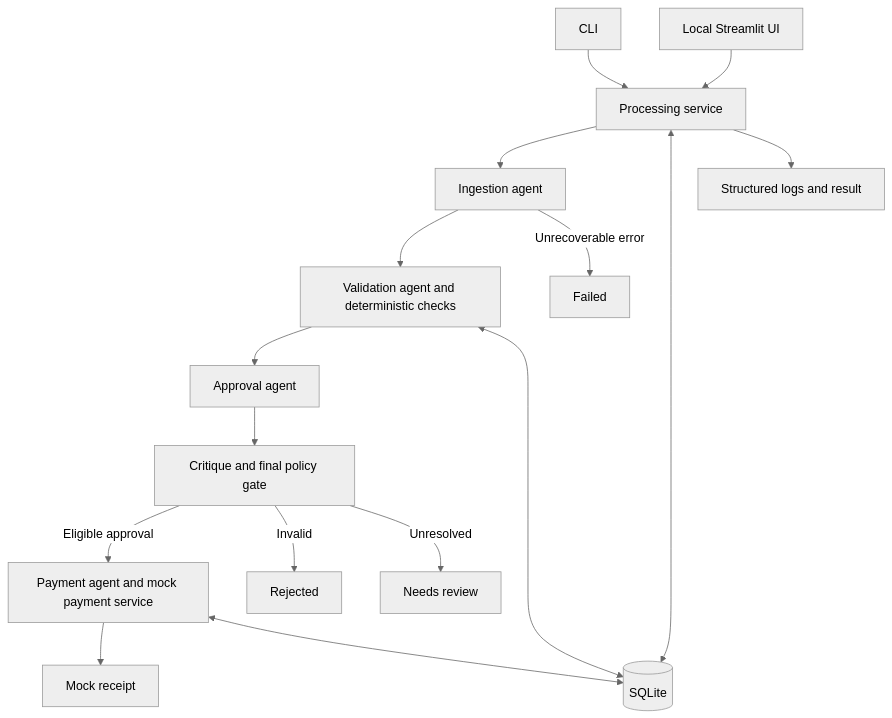
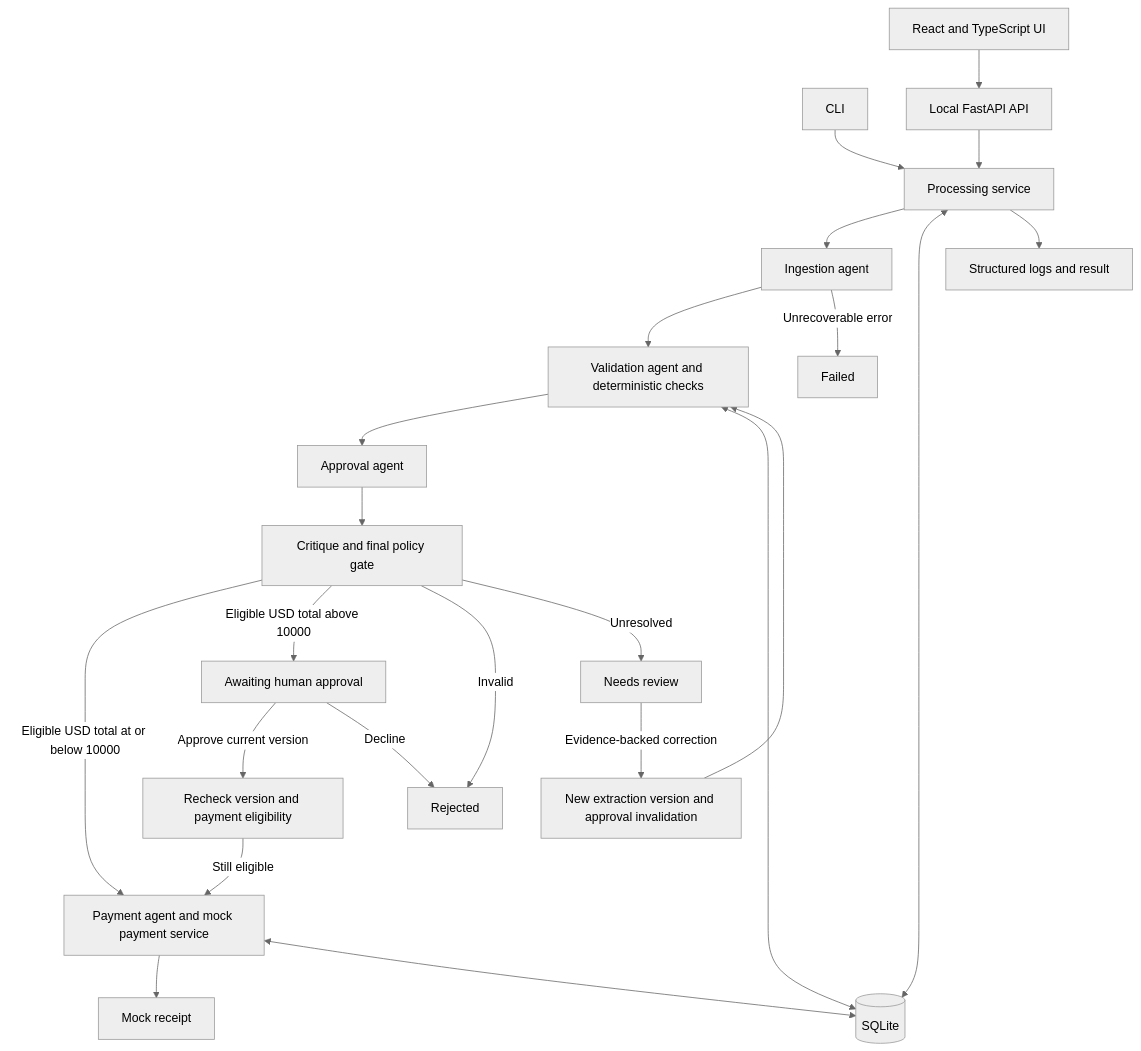
The diagram in docs/systemsdesign.md (alediez2048/galatiq-case-invoices), drawn with Mermaid (neutral theme) before and after one commit. The commit also changed other lines of this file and 6 other files, not shown here.

````diff
--- a/docs/systemsdesign.md
+++ b/docs/systemsdesign.md
@@ -11,18 +11,25 @@
 ```mermaid
 flowchart TD
     CLI[CLI] --> S[Processing service]
-    UI[Local Streamlit UI] --> S
+    UI[React and TypeScript UI] --> API[Local FastAPI API]
+    API --> S
     S --> I[Ingestion agent]
     I --> V[Validation agent and deterministic checks]
     V --> A[Approval agent]
     A --> C[Critique and final policy gate]
-    C -->|Eligible approval| P[Payment agent and mock payment service]
+    C -->|Eligible USD total at or below 10000| P[Payment agent and mock payment service]
+    C -->|Eligible USD total above 10000| HA[Awaiting human approval]
+    HA -->|Approve current version| G[Recheck version and payment eligibility]
+    G -->|Still eligible| P
+    HA -->|Decline| R
     C -->|Invalid| R[Rejected]
     C -->|Unresolved| H[Needs review]
+    H -->|Evidence-backed correction| E[New extraction version and approval invalidation]
+    E --> V
     I -->|Unrecoverable error| F[Failed]
     P --> O[Mock receipt]
     S <--> DB[(SQLite)]
     V <--> DB
     P <--> DB
     S --> L[Structured logs and result]
 ```
````
